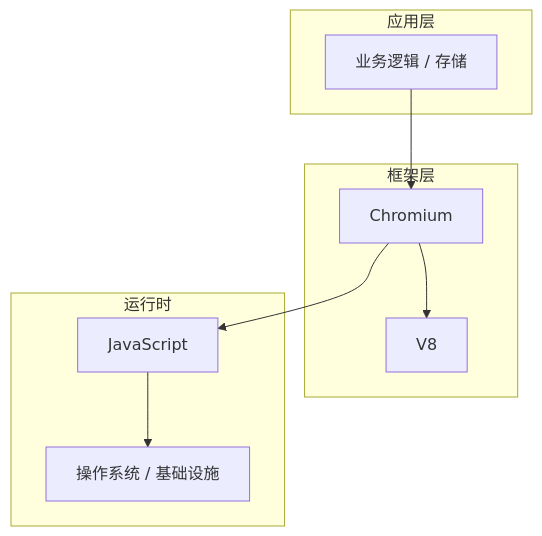
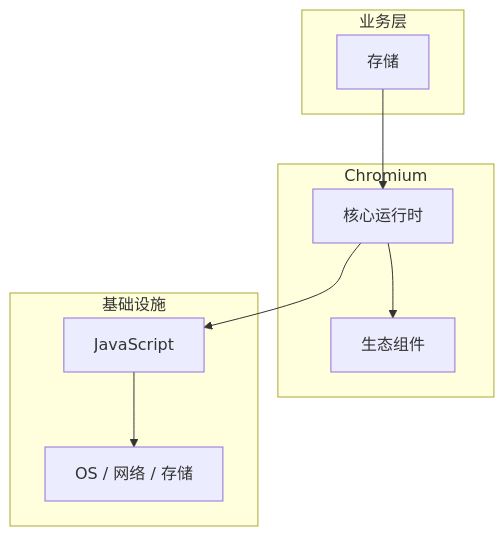
The diagram in articles/浏览器原理/chapters/079-存储核心概念与原理.md (yanggan2015/knowledge-json-v2), drawn with Mermaid before and after one commit. The commit also changed other lines of this file and 10127 other files, not shown here.

````diff
--- a/articles/浏览器原理/chapters/079-存储核心概念与原理.md
+++ b/articles/浏览器原理/chapters/079-存储核心概念与原理.md
@@ -45,18 +34,18 @@
 ```mermaid
 graph TB
-    subgraph 应用层
-        A[业务逻辑 / 存储]
+    subgraph 业务层
+        A[存储]
     end
-    subgraph 框架层
-        B[Chromium]
-        C[V8]
+    subgraph Chromium
+        B[核心运行时]
+        C[生态组件]
     end
-    subgraph 运行时
+    subgraph 基础设施
         D[JavaScript]
-        E[操作系统 / 基础设施]
+        E[OS / 网络 / 存储]
     end
     A --> B
     B --> C
     B --> D
     D --> E
 ```
````
